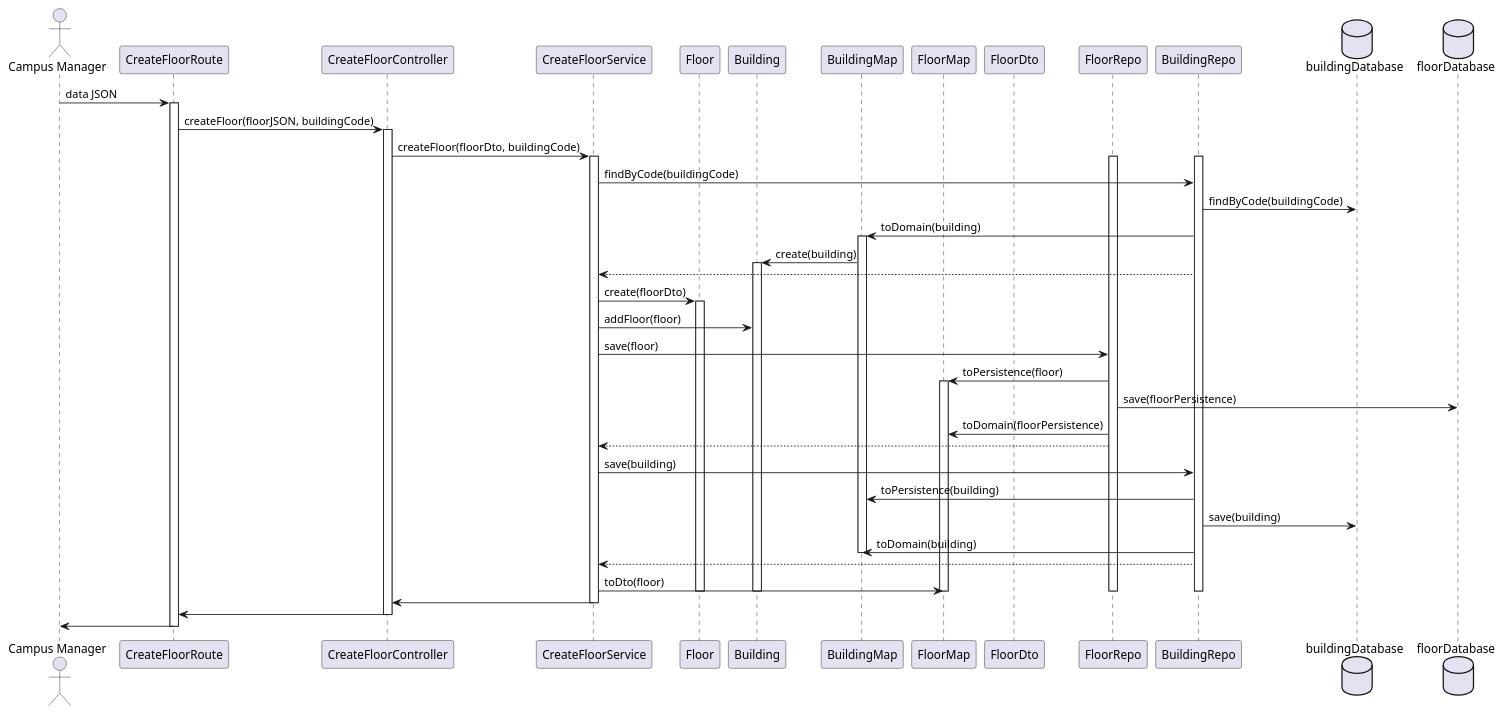
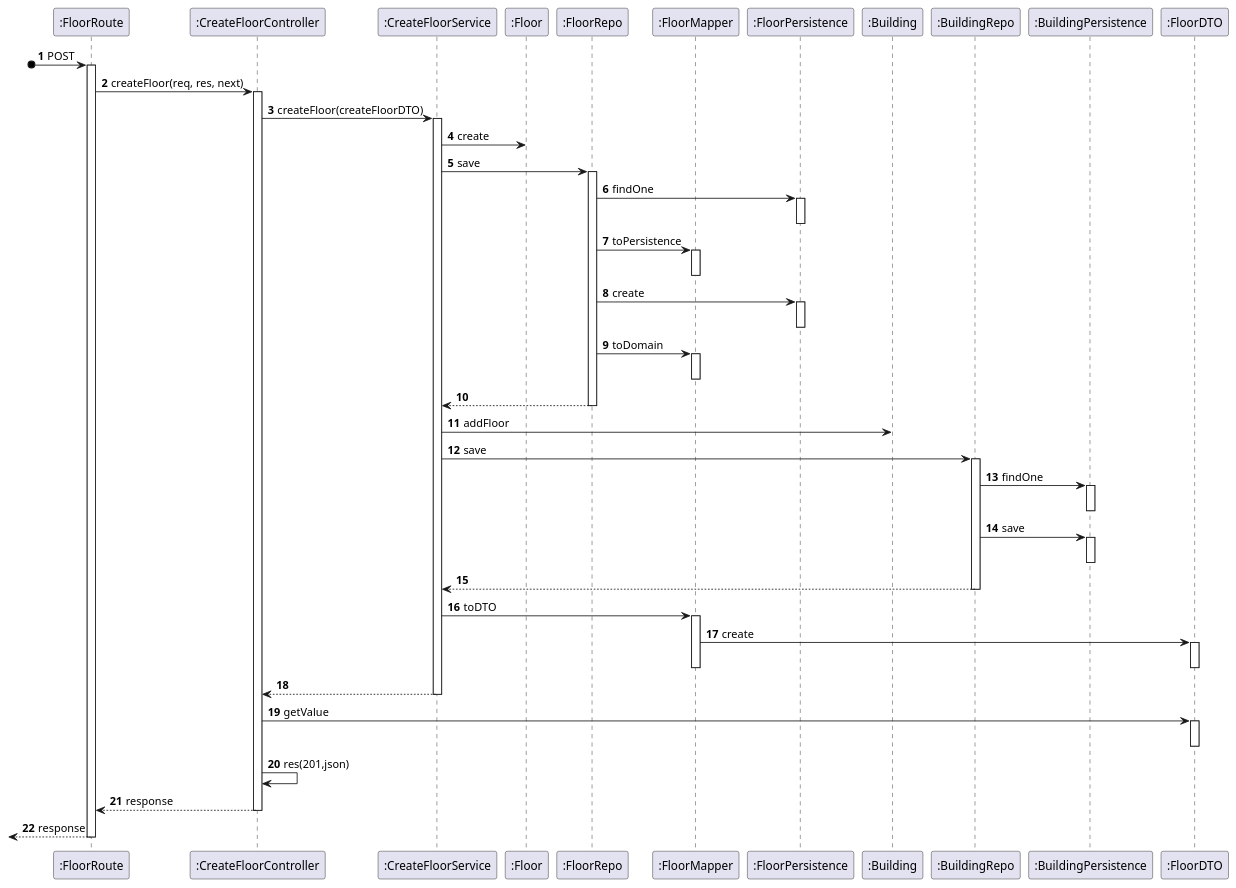
Before and after one commit to Pedro-Pereira1/sem5pi_23_24_g056: the diagram in docs/US_190/Diagrams/SequenceDiagramLevel3.puml, drawn with PlantUML. The commit also changed 1 other file, not shown here.

Commit message:
Update Layer3 SequenceDiagram relative US190

```diff
--- a/docs/US_190/Diagrams/SequenceDiagramLevel3.puml
+++ b/docs/US_190/Diagrams/SequenceDiagramLevel3.puml
@@ -1,88 +1,92 @@
-@startuml SequenceDiagramLevel3
-'https://plantuml.com/use-case-diagram
+@startuml
+
+autonumber
+
+participant ":FloorRoute" as Floor
+participant ":CreateFloorController" as Controller
+participant ":CreateFloorService" as Service
+participant ":Floor" as Class
+participant ":FloorRepo" as Repo
+participant ":FloorMapper" as Map
+participant ":FloorPersistence" as FloorPersistence
+participant ":Building" as Building
+participant ":BuildingRepo" as BuildingRepo
+participant ":BuildingPersistence" as BuildingPersistence
+participant ":FloorDTO" as DTO
+
+?o->Floor: POST
+activate Floor
+
+Floor -> Controller: createFloor(req, res, next)
+activate Controller
 
 
-actor "Campus Manager" as CM
-participant CreateFloorRoute
-participant CreateFloorController
-participant CreateFloorService
-participant Floor
-participant Building
-participant BuildingMap
-participant FloorMap
-participant FloorDto
-participant FloorRepo
-participant BuildingRepo
-database buildingDatabase
-database floorDatabase
 
-CM -> CreateFloorRoute : data JSON
-activate CreateFloorRoute
+Controller -> Service: createFloor(createFloorDTO)
+activate Service
 
-CreateFloorRoute -> CreateFloorController : createFloor(floorJSON, buildingCode)
-activate CreateFloorController
+Service -> Class:create
 
-CreateFloorController -> CreateFloorService : createFloor(floorDto, buildingCode)
-activate CreateFloorService
+Service -> Repo: save
+activate Repo
+
+Repo -> FloorPersistence: findOne
+activate FloorPersistence
+deactivate FloorPersistence
+
+Repo -> Map: toPersistence
+activate Map
+deactivate Map
+
+
+Repo -> FloorPersistence: create
+activate FloorPersistence
+deactivate FloorPersistence
+
+Repo -> Map: toDomain
+activate Map
+deactivate Map
+
+
+Repo --> Service
+deactivate Repo
+
+Service -> Building: addFloor
+
+Service -> BuildingRepo: save
 activate BuildingRepo
-activate FloorRepo
+BuildingRepo -> BuildingPersistence: findOne
+activate BuildingPersistence
+deactivate BuildingPersistence
 
-CreateFloorService -> BuildingRepo : findByCode(buildingCode)
+BuildingRepo -> BuildingPersistence: save
+activate BuildingPersistence
+deactivate BuildingPersistence
 
-BuildingRepo -> buildingDatabase : findByCode(buildingCode)
+BuildingRepo --> Service
+deactivate BuildingRepo
 
-BuildingRepo -> BuildingMap : toDomain(building)
-activate BuildingMap
+Service -> Map: toDTO
+activate Map
+Map -> DTO: create
+activate DTO
+deactivate DTO
+deactivate Map
 
-BuildingMap -> Building : create(building)
-activate Building
+Service --> Controller:
+deactivate Service
 
-BuildingRepo --> CreateFloorService
+Controller -> DTO: getValue
+activate DTO
+deactivate DTO
 
-CreateFloorService -> Floor : create(floorDto)
-activate Floor
+Controller -> Controller: res(201,json)
 
-CreateFloorService -> Building : addFloor(floor)
+Controller --> Floor: response
+deactivate Controller
 
-CreateFloorService -> FloorRepo : save(floor)
+<--Floor: response
+deactivate Floor
 
-FloorRepo -> FloorMap : toPersistence(floor)
-activate FloorMap
-
-FloorRepo -> floorDatabase : save(floorPersistence)
-
-FloorRepo -> FloorMap : toDomain(floorPersistence)
-
-FloorRepo --> CreateFloorService
-
-CreateFloorService -> BuildingRepo : save(building)
-
-BuildingRepo -> BuildingMap : toPersistence(building)
-
-BuildingRepo -> buildingDatabase : save(building)
-
-BuildingRepo -> BuildingMap : toDomain(building)
-deactivate BuildingMap
-
-BuildingRepo --> CreateFloorService
-
-CreateFloorService -> FloorMap : toDto(floor)
-deactivate FloorMap
-
-deactivate Building
-deactivate Floor
-deactivate BuildingRepo
-deactivate FloorRepo
-
-CreateFloorService -> CreateFloorController 
-deactivate CreateFloorService
-
-CreateFloorController -> CreateFloorRoute
-
-deactivate CreateFloorController
-
-CreateFloorRoute -> CM
-
-deactivate CreateFloorRoute
 
 @enduml
```
